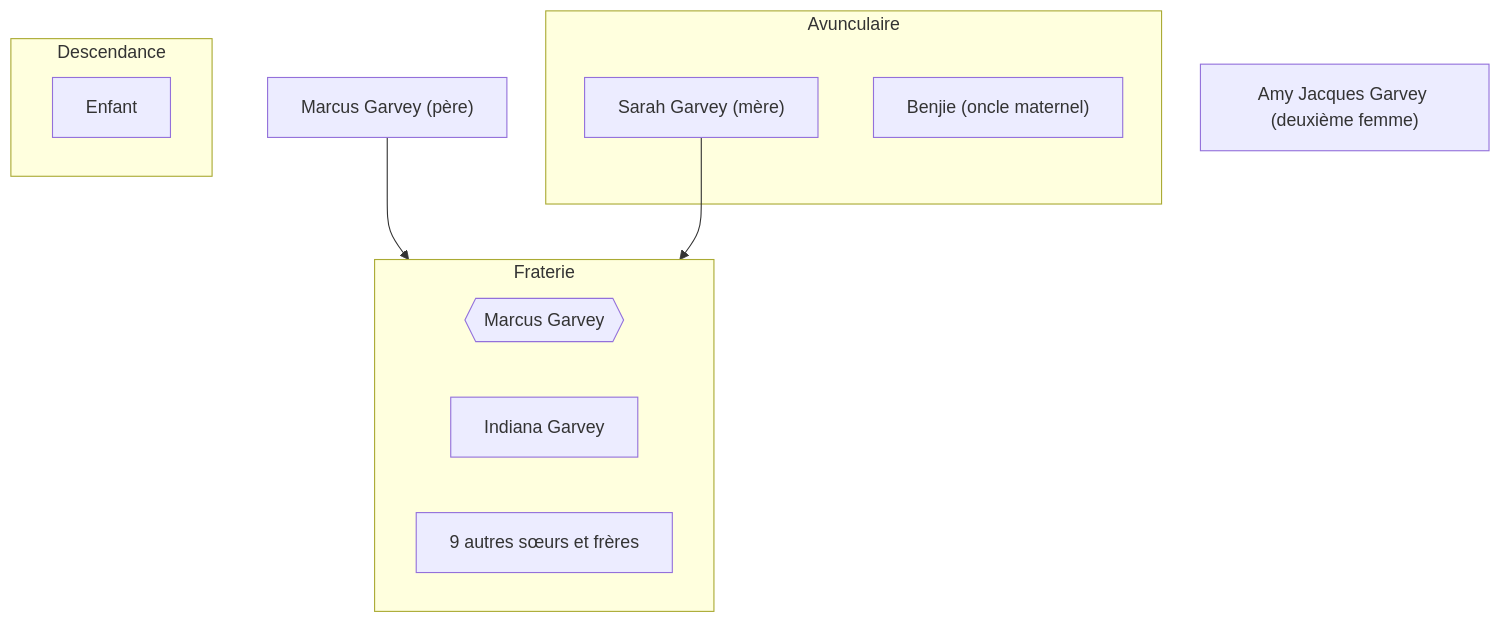
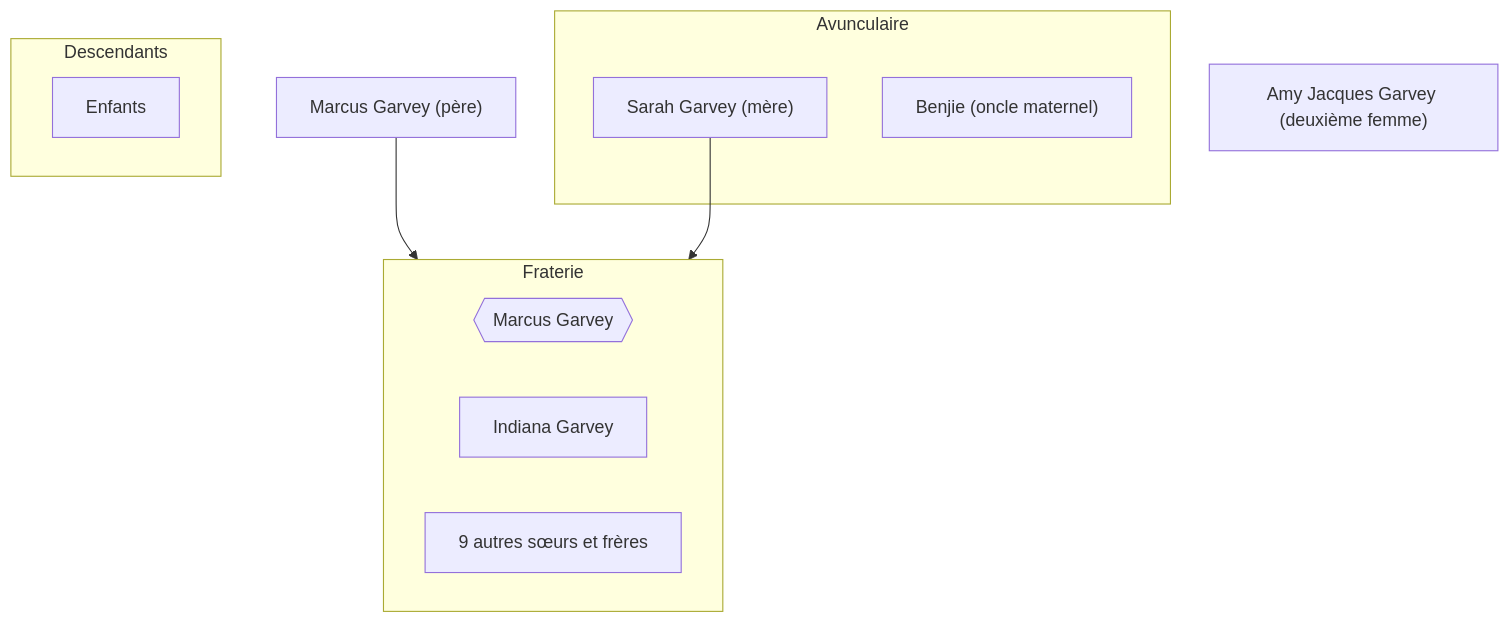
One commit to ba-moun/Ba-Moun-Save changed the diagram in en-cours/personnalite/homme/polymathe/caraibes/midi/colonie/xamayca/marcus-gavey.md. Above: the diagram before and after it, drawn with Mermaid. The commit also changed other lines of this file, not shown here.

Commit message:
docs: update en-cours/personnalite/homme/polymathe/caraibes/midi/colonie/xamayca/marcus-gavey

````diff
--- a/en-cours/personnalite/homme/polymathe/caraibes/midi/colonie/xamayca/marcus-gavey.md
+++ b/en-cours/personnalite/homme/polymathe/caraibes/midi/colonie/xamayca/marcus-gavey.md
@@ -34,24 +34,24 @@
 ```mermaid
 flowchart TD
    id0["Marcus Garvey (père)"]
    id7["Amy Jacques Garvey (deuxième femme)"]
    
    subgraph Fraterie
       id1{{Marcus Garvey}}
       id3[Indiana Garvey]
       id4[9 autres sœurs et frères]
    end
    
    subgraph Avunculaire
       id2["Sarah Garvey (mère)"]
       id6["Benjie (oncle maternel)"]
    end
    
-   subgraph Descendance
-      id8[Enfant]
+   subgraph Descendants
+      id8["Enfants"]
    end
    
    id0 --> Fraterie
    id2 --> Fraterie
 
 ```
````
